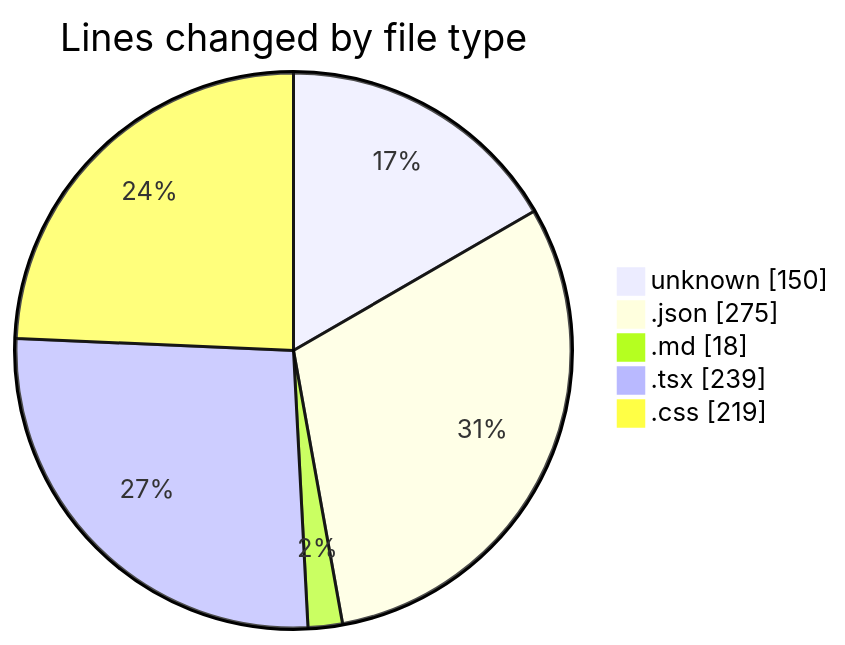
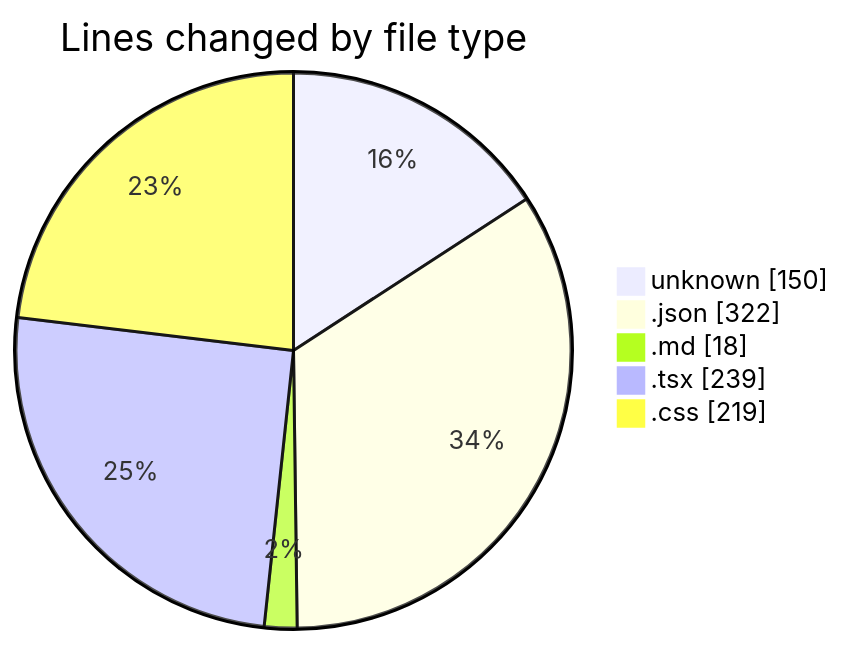
One commit to EIIisD/code-tracking changed the first of 2 diagrams in 2025-08-07/ribbon/README.md. Above: the diagram before and after it, drawn with Mermaid. The commit also changed other lines of this file and 1 other file, not shown here.

````diff
--- a/2025-08-07/ribbon/README.md
+++ b/2025-08-07/ribbon/README.md
@@ -26,9 +27,9 @@
 ```mermaid
 pie showData
 title Lines changed by file type
 "unknown" : 150
-".json" : 275
+".json" : 322
 ".md" : 18
 ".tsx" : 239
 ".css" : 219
 ```
````
